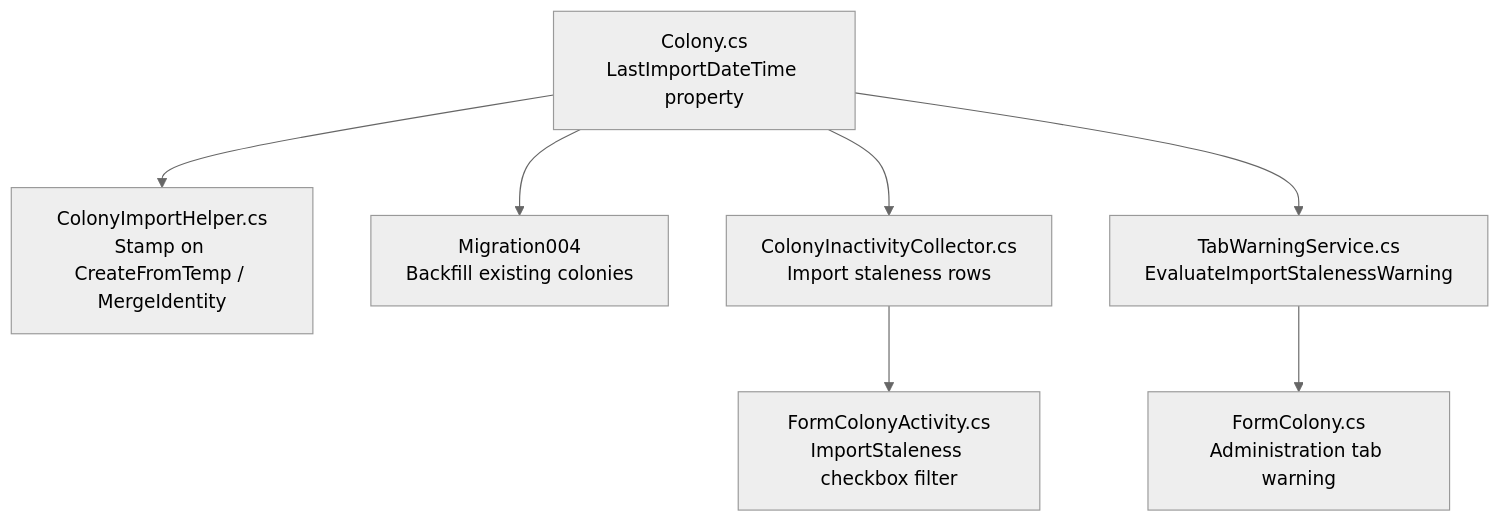
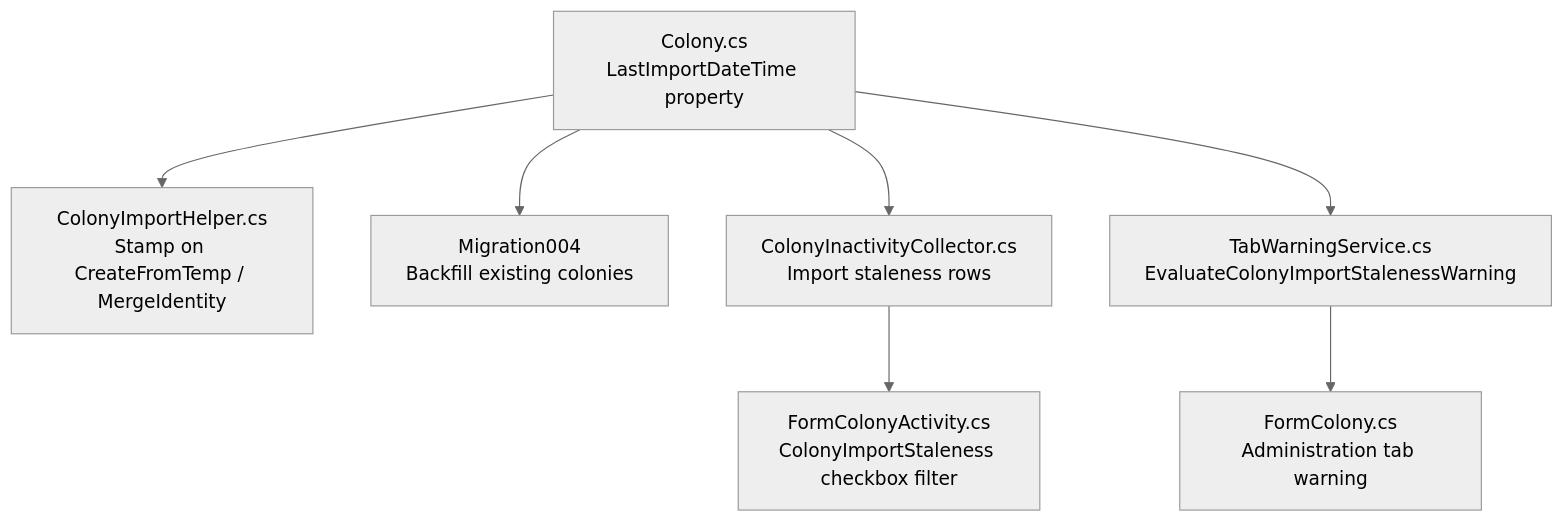
One commit to scalorn/OuterEmpires2EmpireTracker changed the diagram in .kiro/specs/colony-import-timestamp/design.md. Above: the diagram before and after it, drawn with Mermaid (neutral theme). The commit also changed other lines of this file and 2 other files, not shown here.

First line of the commit message:
docs: Rename ImportStaleness -> ColonyImportStaleness in spec

````diff
--- a/.kiro/specs/colony-import-timestamp/design.md
+++ b/.kiro/specs/colony-import-timestamp/design.md
@@ -19,9 +19,9 @@
 ```mermaid
 graph TD
     A[Colony.cs<br/>LastImportDateTime property] --> B[ColonyImportHelper.cs<br/>Stamp on CreateFromTemp / MergeIdentity]
     A --> C[Migration004<br/>Backfill existing colonies]
     A --> D[ColonyInactivityCollector.cs<br/>Import staleness rows]
-    A --> E[TabWarningService.cs<br/>EvaluateImportStalenessWarning]
-    D --> F[FormColonyActivity.cs<br/>ImportStaleness checkbox filter]
+    A --> E[TabWarningService.cs<br/>EvaluateColonyImportStalenessWarning]
+    D --> F[FormColonyActivity.cs<br/>ColonyImportStaleness checkbox filter]
     E --> G[FormColony.cs<br/>Administration tab warning]
 ```
````
